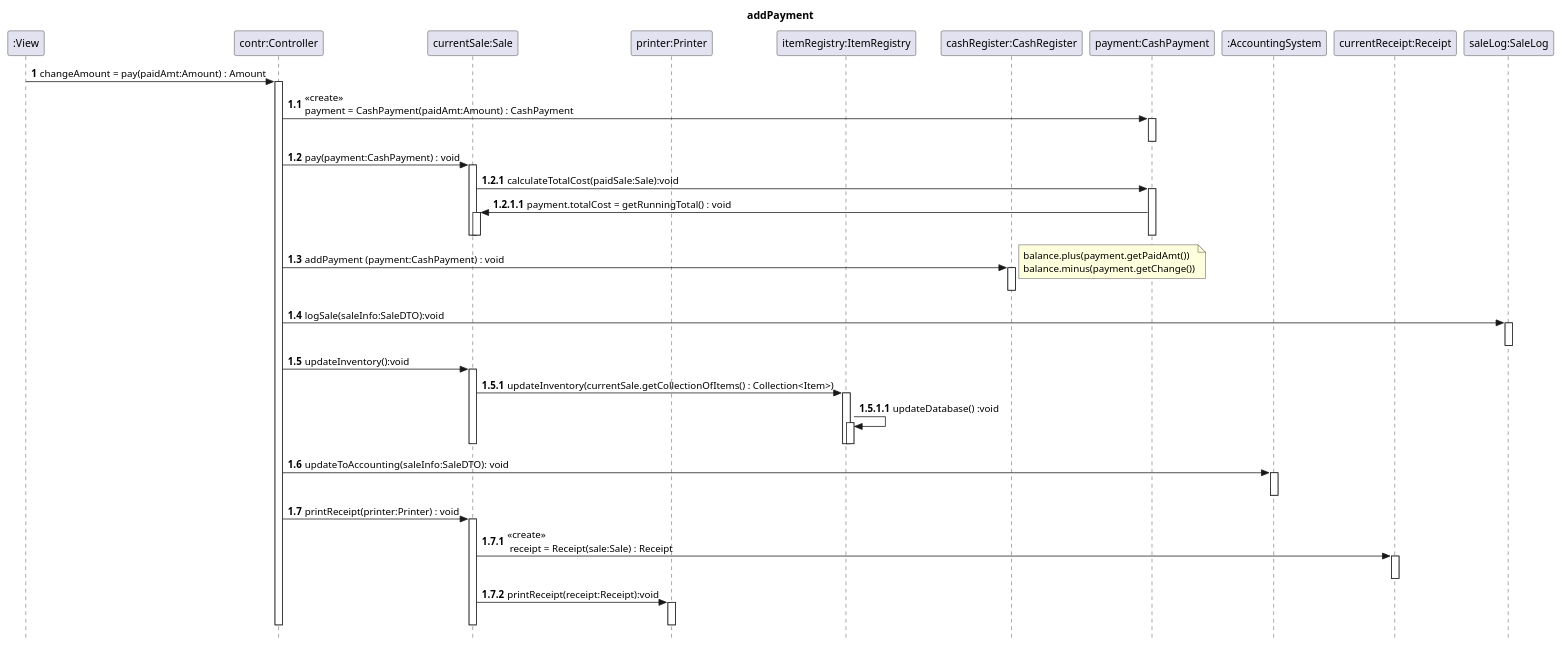
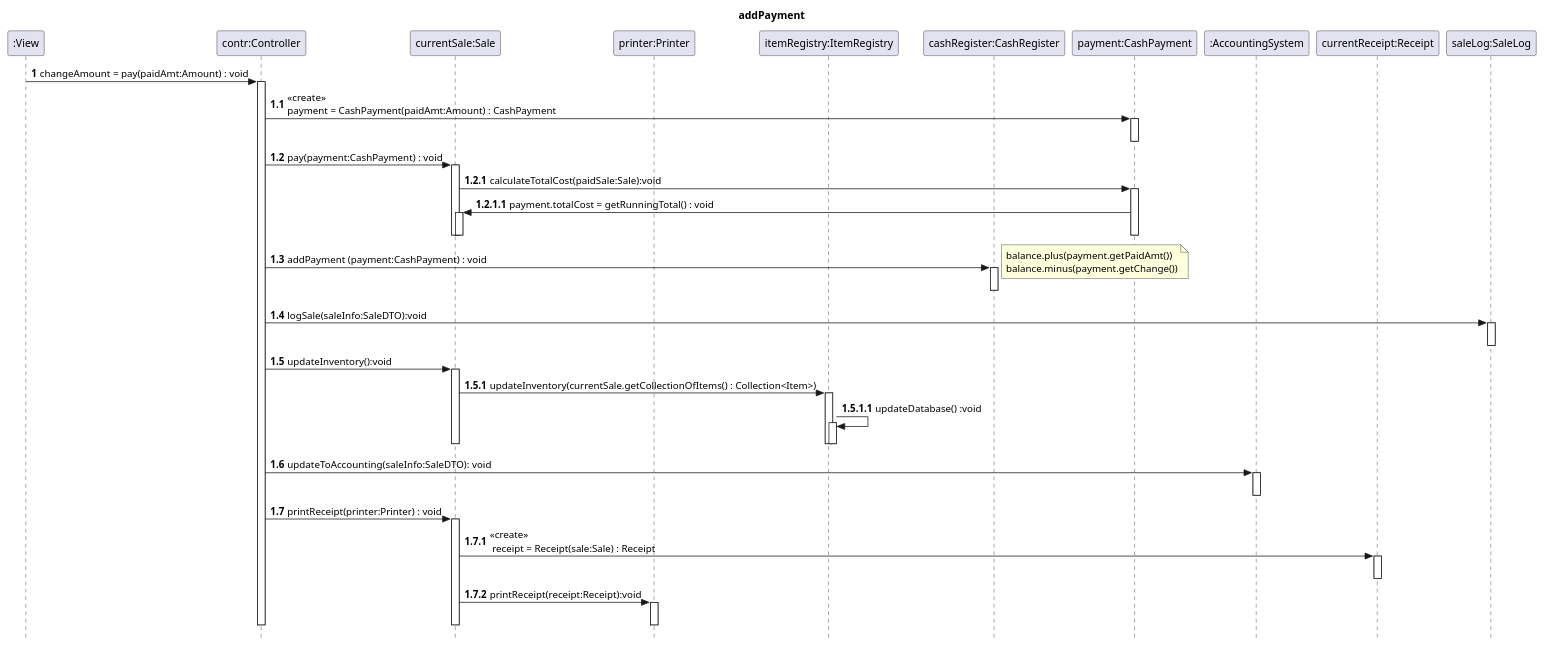
The eighth of 8 diagrams in uml/uml_v3.puml (blomquiste/kth-iv1350-POS), drawn with PlantUML before and after one commit. The commit also changed other lines of this file and 66 other files, not shown here.

```diff
--- a/uml/uml_v3.puml
+++ b/uml/uml_v3.puml
@@ -570,80 +525,80 @@
 @startuml
 skinparam style strictuml
 title addPayment
 
 participant ":View" as View
 participant "contr:Controller" as contr
 participant "currentSale:Sale" as currentSale
 participant "printer:Printer" as printer
 participant "itemRegistry:ItemRegistry" as itemRegistry
 participant "cashRegister:CashRegister" as cashRegister
 participant "payment:CashPayment" as payment
 participant ":AccountingSystem" as AccountingSystem
 participant "currentReceipt:Receipt" as currentReceipt
 participant "saleLog:SaleLog" as saleLog
 
 
 autonumber 1
 'View -> contr : changeAmount = pay(payment:CashPayment) : Amount
-View -> contr : changeAmount = pay(paidAmt:Amount) : Amount
+View -> contr : changeAmount = pay(paidAmt:Amount) : void
 activate contr
 autonumber 1.1
 contr -> payment : <<create>> \npayment = CashPayment(paidAmt:Amount) : CashPayment
 activate payment
 deactivate payment
 autonumber 1.2
 contr -> currentSale : pay(payment:CashPayment) : void
 activate currentSale
 autonumber 1.2.1
 currentSale -> payment : calculateTotalCost(paidSale:Sale):void
 activate payment
 autonumber 1.2.1.1
 payment -> currentSale : payment.totalCost = getRunningTotal() : void
 activate currentSale
 deactivate currentSale
 deactivate payment
 deactivate currentSale
 autonumber 1.3
 contr -> cashRegister : addPayment (payment:CashPayment) : void
 activate cashRegister
 autonumber 1.3.1
 note right : balance.plus(payment.getPaidAmt())\nbalance.minus(payment.getChange())
 deactivate cashRegister
 
 
 autonumber 1.4
 contr -> saleLog:logSale(saleInfo:SaleDTO):void
 activate saleLog
 deactivate saleLog
 
 autonumber 1.5
 contr -> currentSale : updateInventory():void
 activate currentSale
 autonumber 1.5.1
 currentSale -> itemRegistry : updateInventory(currentSale.getCollectionOfItems() : Collection<Item>)
 activate itemRegistry
 autonumber 1.5.1.1
 itemRegistry -> itemRegistry : updateDatabase() :void
 activate itemRegistry
 deactivate itemRegistry
 deactivate itemRegistry
 deactivate currentSale
 autonumber 1.6
 contr -> AccountingSystem : updateToAccounting(saleInfo:SaleDTO): void
 activate AccountingSystem
 deactivate AccountingSystem
 autonumber 1.7
 contr -> currentSale : printReceipt(printer:Printer) : void
 activate currentSale
 autonumber 1.7.1
 currentSale -> currentReceipt : <<create>>\n receipt = Receipt(sale:Sale) : Receipt
 activate currentReceipt
 deactivate currentReceipt
 autonumber 1.7.2
 currentSale -> printer :printReceipt(receipt:Receipt):void
 activate printer
 deactivate printer
 deactivate currentSale
 deactivate contr
 autonumber stop
 @enduml
```
